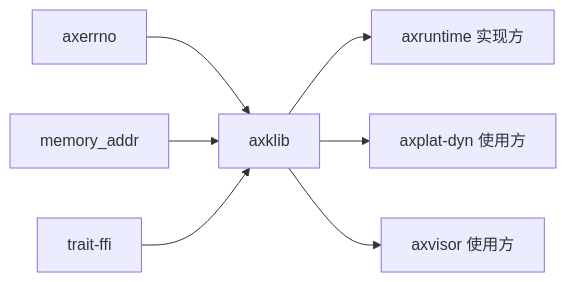
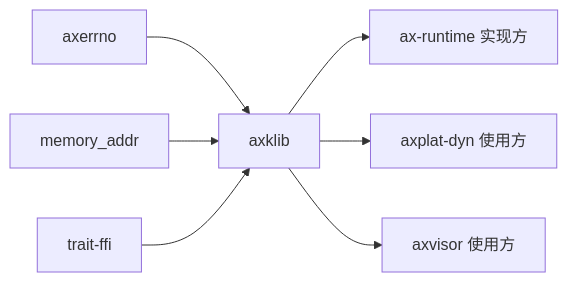
Before and after one commit to zKurisu/tgoskits: the second of 2 diagrams in docs/crates/axklib.md, drawn with Mermaid. The commit also changed other lines of this file and 69 other files, not shown here.

Commit message:
rename axruntime to ax-runtime

````diff
--- a/docs/crates/axklib.md
+++ b/docs/crates/axklib.md
@@ -82,10 +82,10 @@
 ```mermaid
 graph LR
     axerrno["axerrno"] --> axklib["axklib"]
     memory_addr["memory_addr"] --> axklib
     trait_ffi["trait-ffi"] --> axklib
 
-    axklib --> axruntime["axruntime 实现方"]
+    axklib --> ax-runtime["ax-runtime 实现方"]
     axklib --> axplat_dyn["axplat-dyn 使用方"]
     axklib --> axvisor["axvisor 使用方"]
 ```
````
